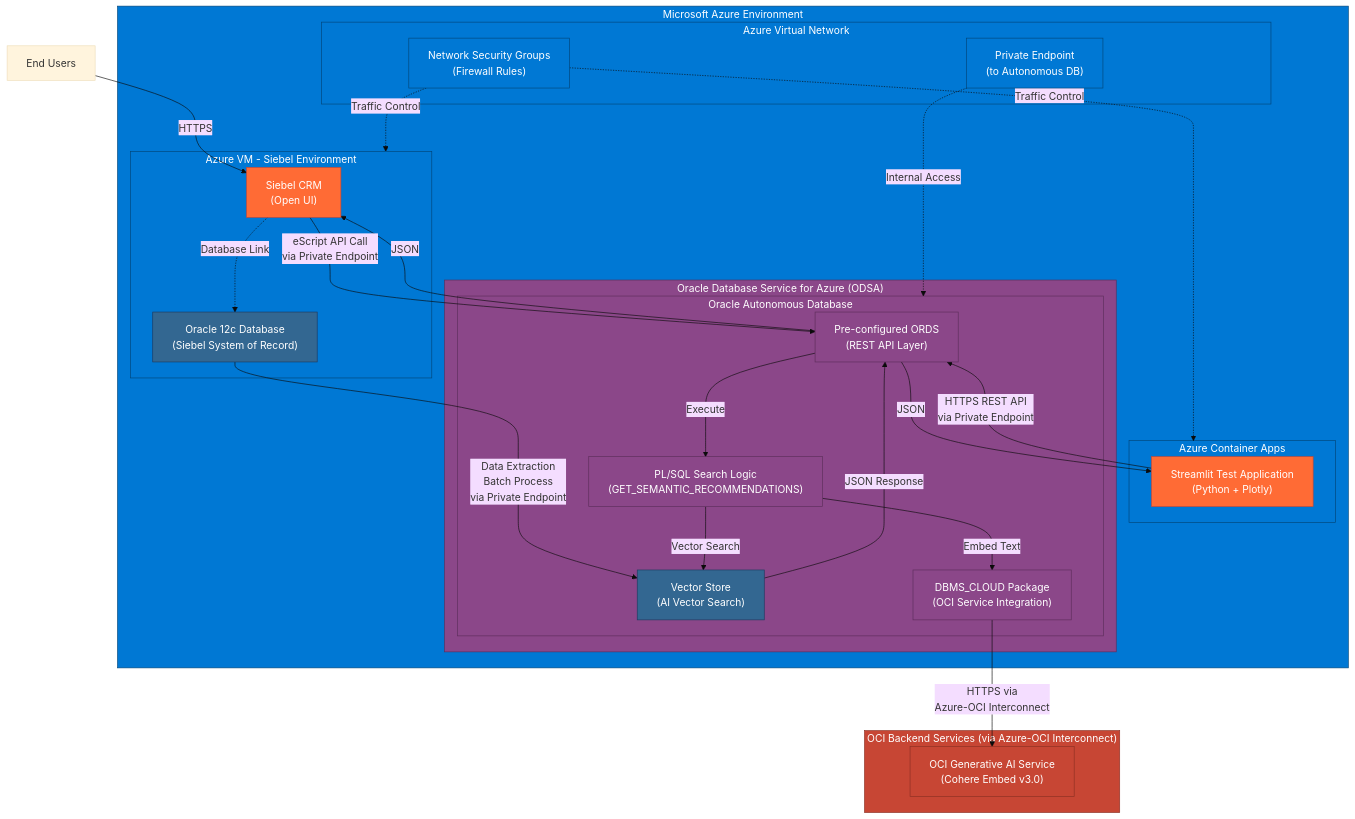
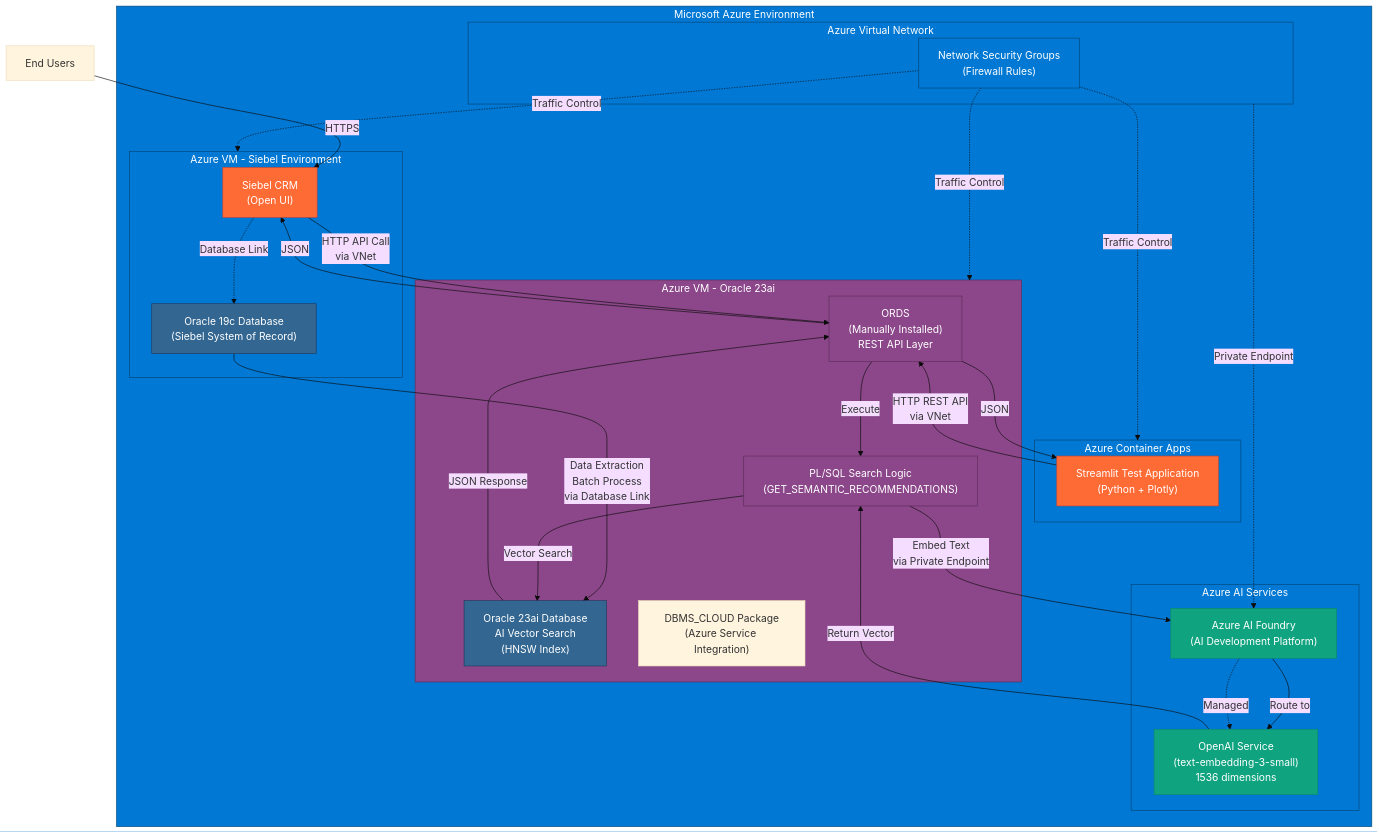
One commit to psreek-ai/SiebelCRMSemanticSearch changed the first of 6 diagrams in docs/Project Architecture.md. Above: the diagram before and after it, drawn with Mermaid (base theme). The commit also changed other lines of this file and 13 other files, not shown here.

````diff
--- a/docs/Project Architecture.md
+++ b/docs/Project Architecture.md
@@ -21,64 +21,66 @@
 ```mermaid
 graph TB
     subgraph Azure["Microsoft Azure Environment"]
         subgraph SiebelVM["Azure VM - Siebel Environment"]
             Siebel["Siebel CRM<br/>(Open UI)"]
-            Oracle12c["Oracle 12c Database<br/>(Siebel System of Record)"]
+            Oracle19c["Oracle 19c Database<br/>(Siebel System of Record)"]
         end
         
         subgraph TestInfra["Azure Container Apps"]
             StreamlitApp["Streamlit Test Application<br/>(Python + Plotly)"]
         end
         
-        subgraph ODSA["Oracle Database Service for Azure (ODSA)"]
-            subgraph ADB["Oracle Autonomous Database"]
-                ORDS["Pre-configured ORDS<br/>(REST API Layer)"]
-                VectorDB["Vector Store<br/>(AI Vector Search)"]
-                PLSQL["PL/SQL Search Logic<br/>(GET_SEMANTIC_RECOMMENDATIONS)"]
-                DBMS_CLOUD["DBMS_CLOUD Package<br/>(OCI Service Integration)"]
-            end
+        subgraph VectorVM["Azure VM - Oracle 23ai"]
+            ORDS["ORDS<br/>(Manually Installed)<br/>REST API Layer"]
+            VectorDB["Oracle 23ai Database<br/>AI Vector Search<br/>(HNSW Index)"]
+            PLSQL["PL/SQL Search Logic<br/>(GET_SEMANTIC_RECOMMENDATIONS)"]
+            DBMS_CLOUD["DBMS_CLOUD Package<br/>(Azure Service Integration)"]
         end
         
         subgraph Network["Azure Virtual Network"]
             NSG["Network Security Groups<br/>(Firewall Rules)"]
-            PrivateEndpoint["Private Endpoint<br/>(to Autonomous DB)"]
+        end
+        
+        subgraph AzureAI["Azure AI Services"]
+            AIFoundry["Azure AI Foundry<br/>(AI Development Platform)"]
+            AzureOpenAI["OpenAI Service<br/>(text-embedding-3-small)<br/>1536 dimensions"]
         end
     end
     
-    subgraph OCIBackend["OCI Backend Services (via Azure-OCI Interconnect)"]
-        GenAI["OCI Generative AI Service<br/>(Cohere Embed v3.0)"]
-    end
+    User["End Users"] -->|HTTPS| Siebel
+    Siebel -->|HTTP API Call<br/>via VNet| ORDS
+    Siebel -.->|Database Link| Oracle19c
+    Oracle19c -->|Data Extraction<br/>Batch Process<br/>via Database Link| VectorDB
     
-    User["End Users"] -->|HTTPS| Siebel
-    Siebel -->|eScript API Call<br/>via Private Endpoint| ORDS
-    Siebel -.->|Database Link| Oracle12c
-    Oracle12c -->|Data Extraction<br/>Batch Process<br/>via Private Endpoint| VectorDB
-    
-    StreamlitApp -->|HTTPS REST API<br/>via Private Endpoint| ORDS
+    StreamlitApp -->|HTTP REST API<br/>via VNet| ORDS
     
     ORDS -->|Execute| PLSQL
     PLSQL -->|Vector Search| VectorDB
-    PLSQL -->|Embed Text| DBMS_CLOUD
-    DBMS_CLOUD -->|HTTPS via<br/>Azure-OCI Interconnect| GenAI
+    PLSQL -->|Embed Text<br/>via Private Endpoint| AIFoundry
+    AIFoundry -->|Route to| AzureOpenAI
+    AzureOpenAI -->|Return Vector| PLSQL
     
     VectorDB -->|JSON Response| ORDS
     ORDS -->|JSON| Siebel
     ORDS -->|JSON| StreamlitApp
     
-    PrivateEndpoint -.->|Internal Access| ADB
     NSG -.->|Traffic Control| SiebelVM
+    NSG -.->|Traffic Control| VectorVM
     NSG -.->|Traffic Control| TestInfra
+    Network -.->|Private Endpoint| AIFoundry
+    AIFoundry -.->|Managed| AzureOpenAI
     
     classDef azure fill:#0078D4,stroke:#004578,color:#fff
-    classDef odsa fill:#8B4789,stroke:#5C2D5A,color:#fff
-    classDef oci fill:#C74634,stroke:#8B2F23,color:#fff
+    classDef vm fill:#8B4789,stroke:#5C2D5A,color:#fff
+    classDef ai fill:#10A37F,stroke:#0D8A6A,color:#fff
     classDef database fill:#336791,stroke:#1E3A5F,color:#fff
-    classDef api fill:#68B984,stroke:#3D7A52,color:#fff
     classDef app fill:#FF6B35,stroke:#C74634,color:#fff
     
-    class Azure,SiebelVM,TestInfra,Network,NSG,PrivateEndpoint azure
-    class ODSA,ADB,ORDS,PLSQL,DBMS_CLOUD odsa
+    class Azure,SiebelVM,TestInfra,Network,NSG,AzureAI azure
+    class VectorVM,ORDS,PLSQL vm
+    class AzureOpenAI ai
     class OCIBackend,GenAI oci
-    class Oracle12c,VectorDB database
+    class Oracle19c,VectorDB database
     class Siebel,StreamlitApp app
+    class AIFoundry,AzureOpenAI ai
 ```
````
